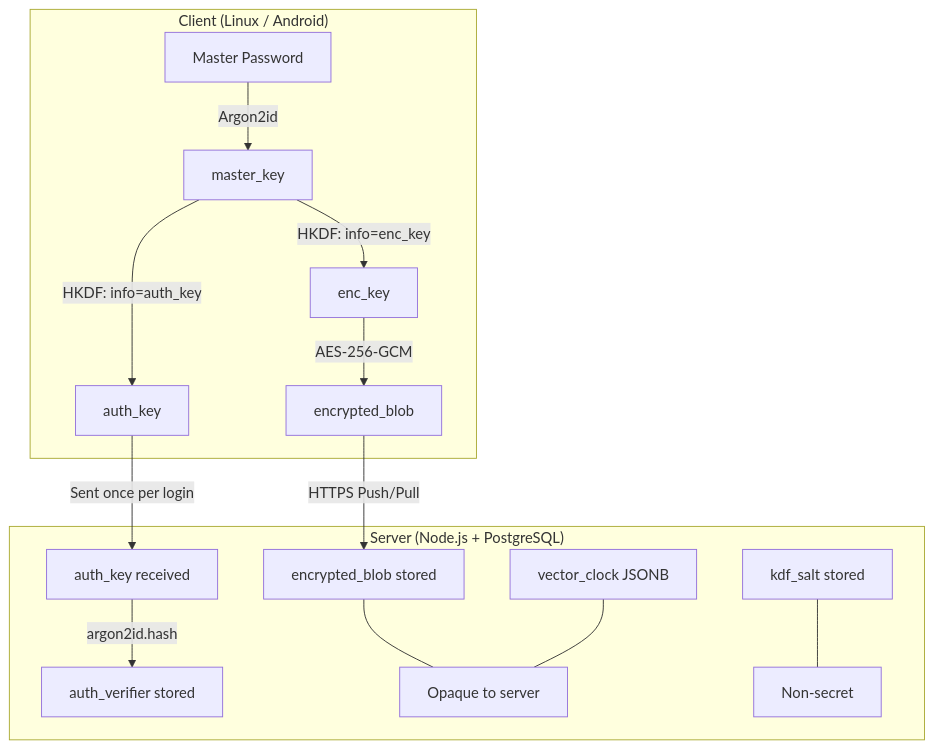
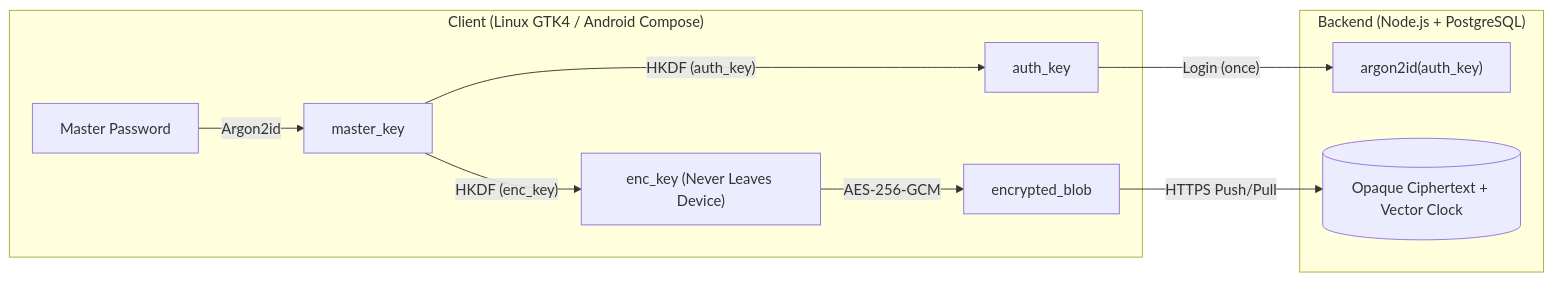
Before and after one commit to Imagiyy/PasswordManager: the diagram in README.md, drawn with Mermaid. The commit also changed other lines of this file and 1 other file, not shown here.

Commit message:
docs: streamline README under 150 lines and move manual setup to docs/CLIENT_SETUP.md

````diff
--- a/README.md
+++ b/README.md
@@ -14,20 +10,13 @@
 ```mermaid
-graph TB
-    subgraph Client ["Client (Linux / Android)"]
-        MP[Master Password]
-        MP -->|Argon2id| MK[master_key]
-        MK -->|HKDF: info=enc_key| EK[enc_key]
-        MK -->|HKDF: info=auth_key| AK[auth_key]
-        EK -->|AES-256-GCM| EB[encrypted_blob]
+graph LR
+    subgraph Client ["Client (Linux GTK4 / Android Compose)"]
+        MP["Master Password"] -->|Argon2id| MK["master_key"]
+        MK -->|"HKDF (enc_key)"| EK["enc_key (Never Leaves Device)"]
+        MK -->|"HKDF (auth_key)"| AK["auth_key"]
+        EK -->|AES-256-GCM| EB["encrypted_blob"]
     end
-
-    subgraph SERVER ["Server (Node.js + PostgreSQL)"]
-        AK2[auth_key received] -->|argon2id.hash| AV[auth_verifier stored]
-        EB2[encrypted_blob stored] --- OPAQUE[Opaque to server]
-        VC[vector_clock JSONB] --- OPAQUE
-        KS[kdf_salt stored] --- NONSECRET[Non-secret]
+    subgraph Server ["Backend (Node.js + PostgreSQL)"]
+        AK -->|"Login (once)"| AV["argon2id(auth_key)"]
+        EB -->|"HTTPS Push/Pull"| DB[("Opaque Ciphertext + Vector Clock")]
     end
-
-    AK -->|Sent once per login| AK2
-    EB -->|HTTPS Push/Pull| EB2
 ```
````
